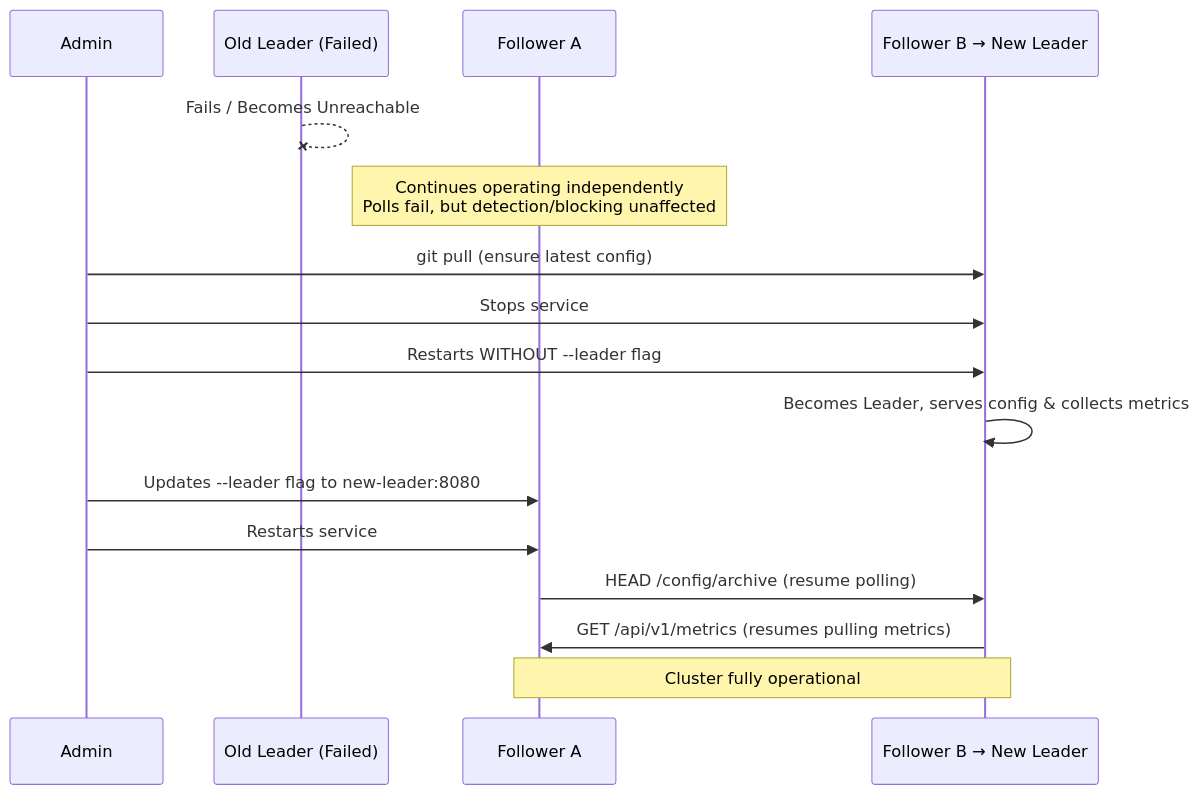
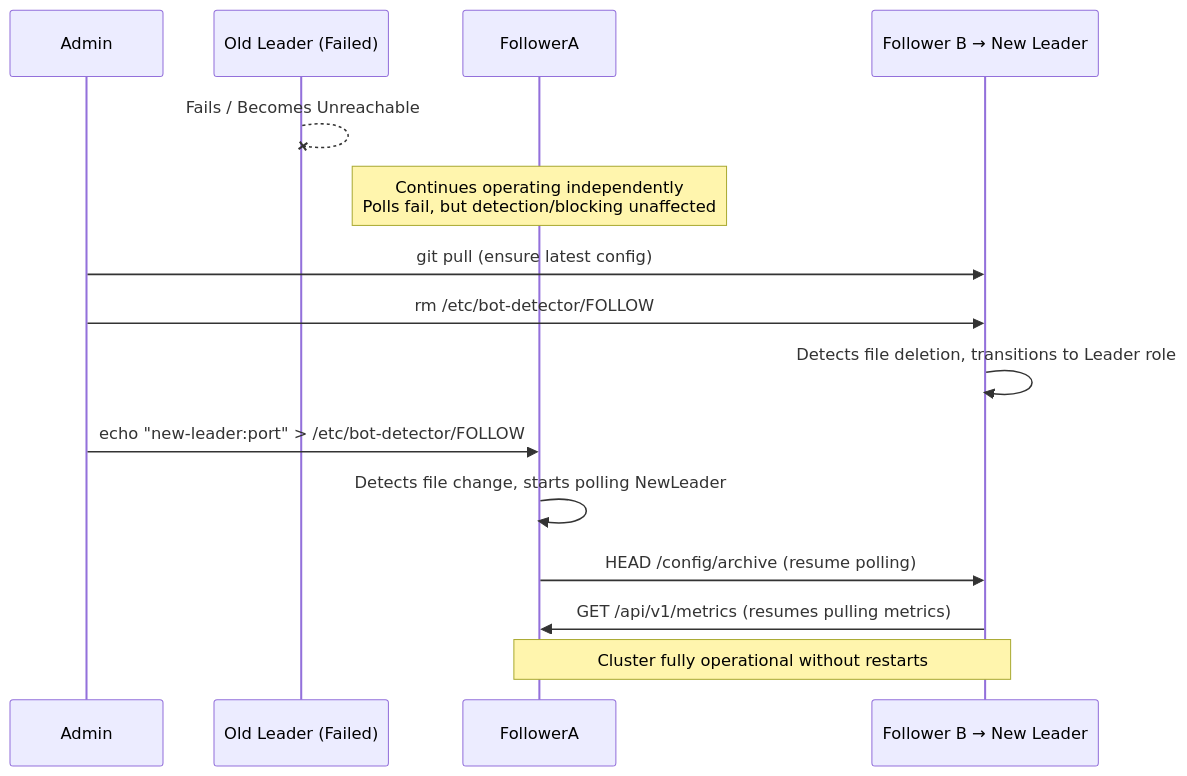
The third of 3 diagrams in docs/ClusterConfiguration.md (metabrainz/bot-detector), drawn with Mermaid before and after one commit. The commit also changed other lines of this file, not shown here.

First line of the commit message:
Update Cluster plan

````diff
--- a/docs/ClusterConfiguration.md
+++ b/docs/ClusterConfiguration.md
@@ -279,23 +275,22 @@
 ```mermaid
 sequenceDiagram
     participant Admin
     participant OldLeader as Old Leader (Failed)
-    participant FollowerA as Follower A
+    participant FollowerA
     participant NewLeader as Follower B → New Leader
 
     OldLeader--xOldLeader: Fails / Becomes Unreachable
 
     Note over FollowerA: Continues operating independently<br/>Polls fail, but detection/blocking unaffected
 
     Admin->>NewLeader: git pull (ensure latest config)
-    Admin->>NewLeader: Stops service
-    Admin->>NewLeader: Restarts WITHOUT --leader flag
-    NewLeader->>NewLeader: Becomes Leader, serves config & collects metrics
+    Admin->>NewLeader: rm /etc/bot-detector/FOLLOW
+    NewLeader->>NewLeader: Detects file deletion, transitions to Leader role
 
-    Admin->>FollowerA: Updates --leader flag to new-leader:8080
-    Admin->>FollowerA: Restarts service
+    Admin->>FollowerA: echo "new-leader:port" > /etc/bot-detector/FOLLOW
+    FollowerA->>FollowerA: Detects file change, starts polling NewLeader
     FollowerA->>NewLeader: HEAD /config/archive (resume polling)
     NewLeader->>FollowerA: GET /api/v1/metrics (resumes pulling metrics)
 
-    Note over FollowerA,NewLeader: Cluster fully operational
+    Note over FollowerA,NewLeader: Cluster fully operational without restarts
 ```
````
